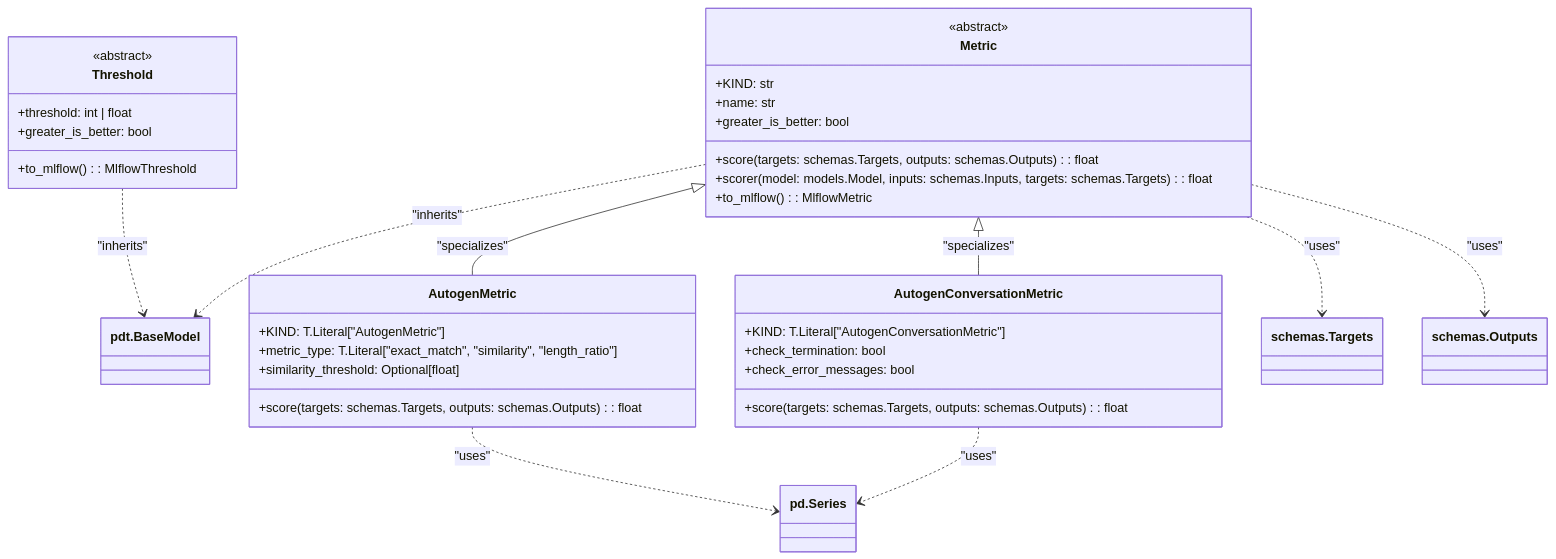
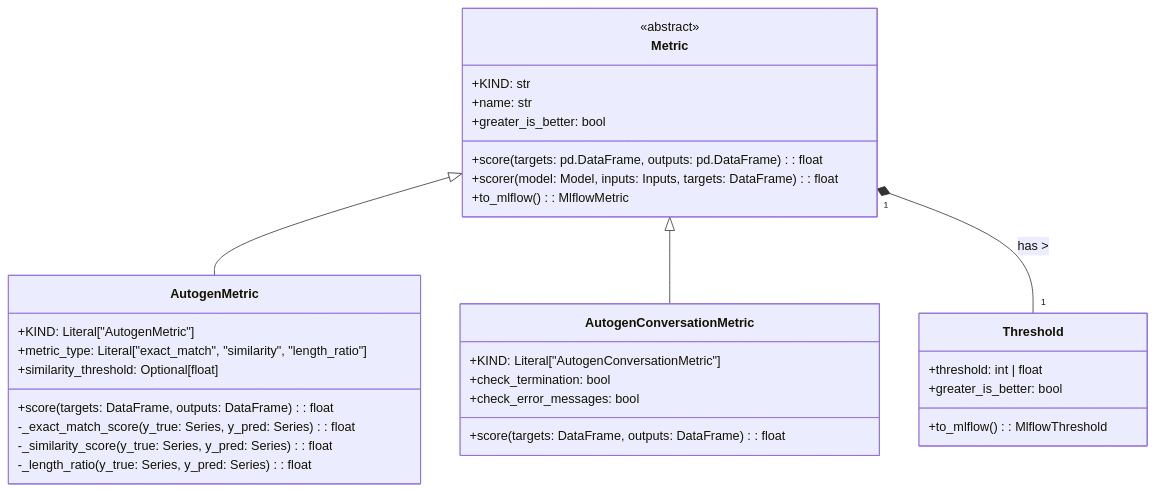
The diagram in Documents/Metrics_stories.md (lgcorzo/llmops-python-package), drawn with Mermaid before and after one commit. The commit also changed other lines of this file and 25 other files, not shown here.

````diff
--- a/Documents/Metrics_stories.md
+++ b/Documents/Metrics_stories.md
@@ -26,47 +26,39 @@
 ```mermaid
 classDiagram
-    %% Base Class: Metric
     class Metric {
         <<abstract>>
         +KIND: str
         +name: str
         +greater_is_better: bool
-        +score(targets: schemas.Targets, outputs: schemas.Outputs): float
-        +scorer(model: models.Model, inputs: schemas.Inputs, targets: schemas.Targets): float
-        +to_mlflow(): MlflowMetric
+        +score(targets: pd.DataFrame, outputs: pd.DataFrame) : float
+        +scorer(model: Model, inputs: Inputs, targets: DataFrame) : float
+        +to_mlflow() : MlflowMetric
     }
-    Metric ..> pdt.BaseModel : "inherits"
 
-    %% AutogenMetric Class
     class AutogenMetric {
-        +KIND: T.Literal["AutogenMetric"]
-        +metric_type: T.Literal["exact_match", "similarity", "length_ratio"]
+        +KIND: Literal["AutogenMetric"]
+        +metric_type: Literal["exact_match", "similarity", "length_ratio"]
         +similarity_threshold: Optional[float]
-        +score(targets: schemas.Targets, outputs: schemas.Outputs): float
+        +score(targets: DataFrame, outputs: DataFrame) : float
+        -_exact_match_score(y_true: Series, y_pred: Series) : float
+        -_similarity_score(y_true: Series, y_pred: Series) : float
+        -_length_ratio(y_true: Series, y_pred: Series) : float
     }
-    Metric <|-- AutogenMetric : "specializes"
 
-    %% AutogenConversationMetric Class
     class AutogenConversationMetric {
-        +KIND: T.Literal["AutogenConversationMetric"]
+        +KIND: Literal["AutogenConversationMetric"]
         +check_termination: bool
         +check_error_messages: bool
-        +score(targets: schemas.Targets, outputs: schemas.Outputs): float
+        +score(targets: DataFrame, outputs: DataFrame) : float
     }
-    Metric <|-- AutogenConversationMetric : "specializes"
 
-    %% Base Class: Threshold
     class Threshold {
-        <<abstract>>
         +threshold: int | float
         +greater_is_better: bool
-        +to_mlflow(): MlflowThreshold
+        +to_mlflow() : MlflowThreshold
     }
-    Threshold ..> pdt.BaseModel : "inherits"
 
-    %% Relationships
-    Metric ..> schemas.Targets : "uses"
-    Metric ..> schemas.Outputs : "uses"
-    AutogenMetric ..> pd.Series : "uses"
-    AutogenConversationMetric ..> pd.Series : "uses"
+    Metric <|-- AutogenMetric
+    Metric <|-- AutogenConversationMetric
+    Metric "1" *-- "1" Threshold : has >
 ```
````
